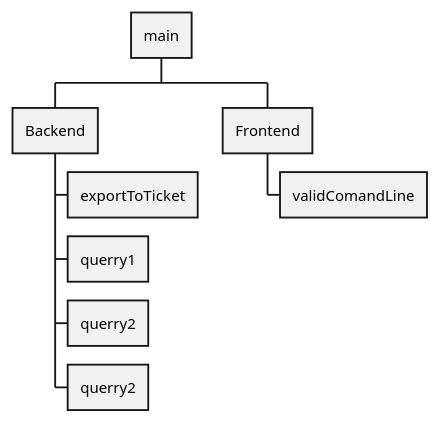
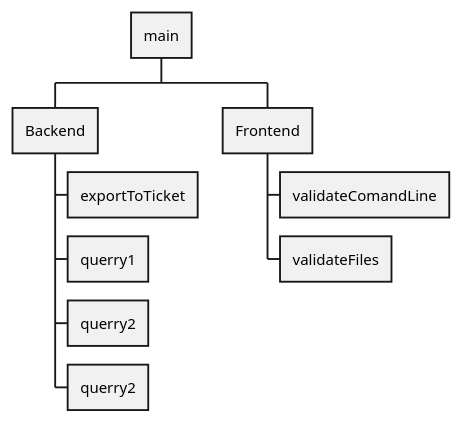
The diagram in structure_functions.puml (AugustoOspal/Proyecto_Final_PI), drawn with PlantUML before and after one commit. The commit also changed 4 other files, not shown here.

```diff
--- a/structure_functions.puml
+++ b/structure_functions.puml
@@ -1,14 +1,15 @@
 @startwbs
 
 * main
 
 ** Backend
 *** exportToTicket
 *** querry1
 *** querry2
 *** querry2
 
 ** Frontend
-*** validComandLine
+*** validateComandLine
+*** validateFiles
 
 @endwbs
```
